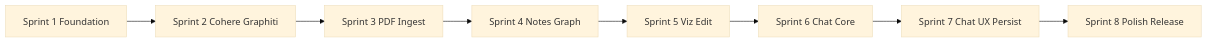
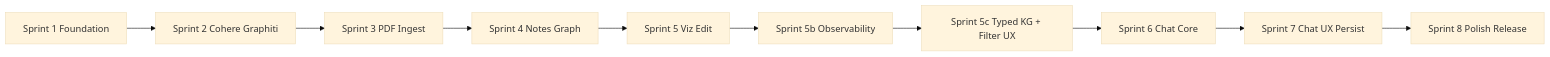
The diagram in sprints/sprintplan.md (CohereJohnny/zkast), drawn with Mermaid (base theme) before and after one commit. The commit also changed other lines of this file and 1 other file, not shown here.

Commit message:
chore(sprint-5c): seed sprint plan
Sprint 5c — typed Graphiti, LangExtract evidence, filter UX. Three
phases:

1. Constrain Graphiti's entity extraction with Pydantic schemas so we
   stop collapsing every entity into "Concept". Adds typed entity +
   edge taxonomies, a free-form text type column, and a JSONB
   attributes payload.

2. Co-extract source evidence via LangExtract — character-offset spans
   linked back to each entity, persisted in a new entity_evidence
   table. Surfaces as an "Evidence" tab in the entity detail panel
   with "View in document" navigation.

3. Replace every UUID/CSV input in the graph filter bar with
   searchable picklists backed by real data — document picker, entity
   typeahead, type multi-selects, tag picker. Driven by three new
   read-only endpoints.

LLM choice: Cohere-only for evidence extraction (single-vendor stack,
accept slower throughput).

Builds on sprints/sprint-5b polish (BUG-006..009 + graph viz).

````diff
--- a/sprints/sprintplan.md
+++ b/sprints/sprintplan.md
@@ -31,10 +31,12 @@
 ```mermaid
 flowchart LR
     S1[Sprint 1 Foundation] --> S2[Sprint 2 Cohere Graphiti]
     S2 --> S3[Sprint 3 PDF Ingest]
     S3 --> S4[Sprint 4 Notes Graph]
     S4 --> S5[Sprint 5 Viz Edit]
-    S5 --> S6[Sprint 6 Chat Core]
+    S5 --> S5b[Sprint 5b Observability]
+    S5b --> S5c[Sprint 5c Typed KG + Filter UX]
+    S5c --> S6[Sprint 6 Chat Core]
     S6 --> S7[Sprint 7 Chat UX Persist]
     S7 --> S8[Sprint 8 Polish Release]
 ```
````
